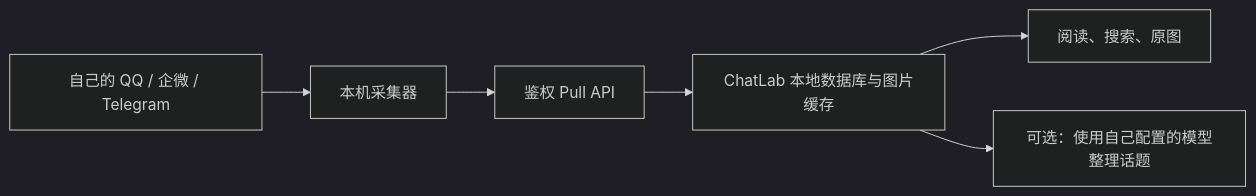
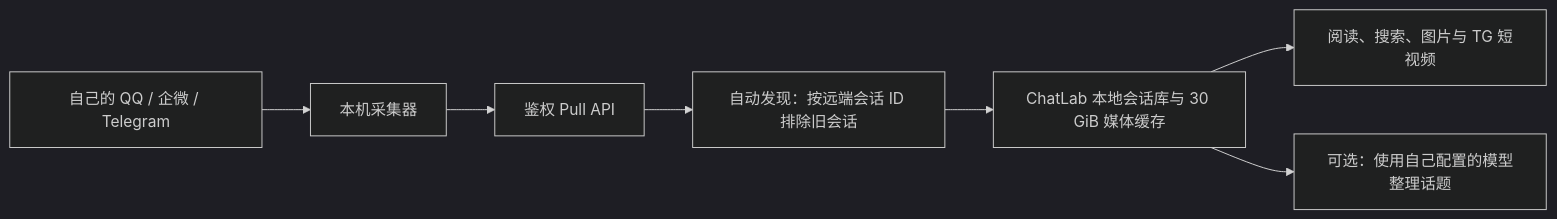
The diagram in README.md (bufferducky/ChatLab), drawn with Mermaid (dark theme) before and after one commit. The commit also changed other lines of this file and 7 other files, not shown here.

````diff
--- a/README.md
+++ b/README.md
@@ -56,8 +57,9 @@
 ```mermaid
 flowchart LR
     S["自己的 QQ / 企微 / Telegram"] --> C["本机采集器"]
     C --> A["鉴权 Pull API"]
-    A --> D["ChatLab 本地数据库与图片缓存"]
-    D --> R["阅读、搜索、原图"]
+    A --> E["自动发现：按远端会话 ID 排除旧会话"]
+    E --> D["ChatLab 本地会话库与 30 GiB 媒体缓存"]
+    D --> R["阅读、搜索、图片与 TG 短视频"]
     D --> T["可选：使用自己配置的模型整理话题"]
 ```
````
